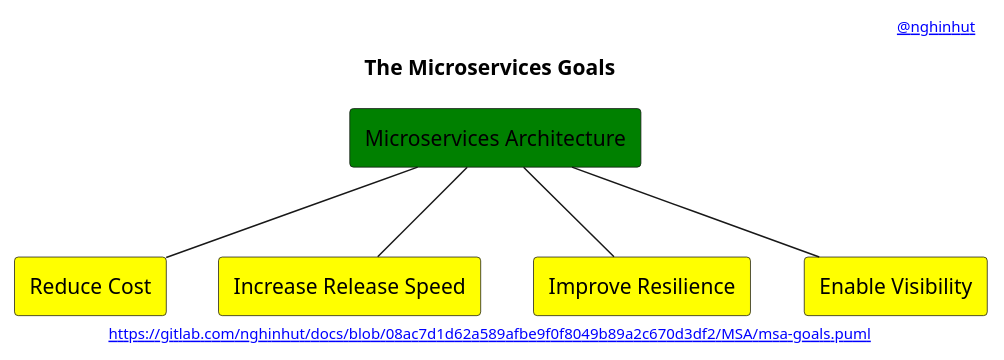
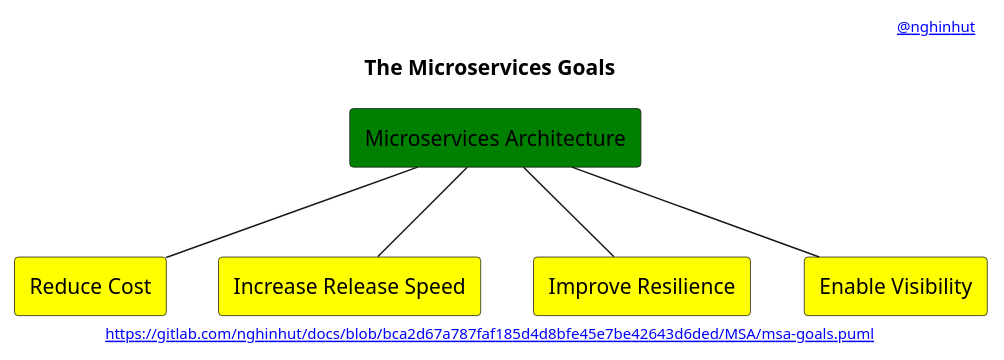
Before and after one commit to nghinhut/docs: the diagram in MSA/msa-goals.puml, drawn with PlantUML. The commit also changed 24 other files, not shown here.

```diff
--- a/MSA/msa-goals.puml
+++ b/MSA/msa-goals.puml
@@ -1,21 +1,21 @@
 @startuml
 '-----START auto generated metadata please keep comment here to allow auto update-----
 '-----DON'T EDIT THIS SECTION, INSTEAD RE-RUN prebuild.sh TO UPDATE-----
-header [[https://www.nghinhut.dev?from=http%5C%3A%5C%2F%5C%2Fwww%5C.plantuml%5C.com%5C%2Fplantuml%5C%2Fproxy%3Ffmt%3Dsvg%5C%26src%3Dhttps%5C%3A%5C%2F%5C%2Fgitlab%5C.com%5C%2Fnghinhut%5C%2Fdocs%5C%2Fraw%5C%2F08ac7d1d62a589afbe9f0f8049b89a2c670d3df2%5C%2FMSA%5C%2Fmsa-goals%5C.puml%0A @nghinhut]]
-footer [[http://www.plantuml.com/plantuml/proxy?fmt=svg&src=https://gitlab.com/nghinhut/docs/raw/08ac7d1d62a589afbe9f0f8049b89a2c670d3df2/MSA/msa-goals.puml https://gitlab.com/nghinhut/docs/blob/08ac7d1d62a589afbe9f0f8049b89a2c670d3df2/MSA/msa-goals.puml]]
+header [[https://www.nghinhut.dev?from=http%5C%3A%5C%2F%5C%2Fwww%5C.plantuml%5C.com%5C%2Fplantuml%5C%2Fproxy%3Ffmt%3Dsvg%5C%26src%3Dhttps%5C%3A%5C%2F%5C%2Fgitlab%5C.com%5C%2Fnghinhut%5C%2Fdocs%5C%2Fraw%5C%2Fbca2d67a787faf185d4d8bfe45e7be42643d6ded%5C%2FMSA%5C%2Fmsa-goals%5C.puml%0A @nghinhut]]
+footer [[http://www.plantuml.com/plantuml/proxy?fmt=svg&src=https://gitlab.com/nghinhut/docs/raw/bca2d67a787faf185d4d8bfe45e7be42643d6ded/MSA/msa-goals.puml https://gitlab.com/nghinhut/docs/blob/bca2d67a787faf185d4d8bfe45e7be42643d6ded/MSA/msa-goals.puml]]
 '-----END auto generated metadata please keep comment here to allow auto update-----
 title The Microservices Goals
 
 rectangle "Microservices Architecture" as msa #green
 
 rectangle "Reduce Cost" as goal1 #yellow
 rectangle "Increase Release Speed" as goal2 #yellow
 rectangle "Improve Resilience" as goal3 #yellow
 rectangle "Enable Visibility" as goal4 #yellow
 
 msa -- goal1
 msa -- goal2
 msa -- goal3
 msa -- goal4
 
 @enduml
```
